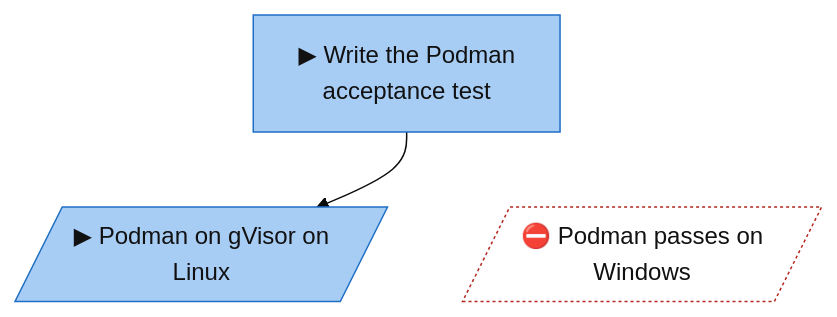
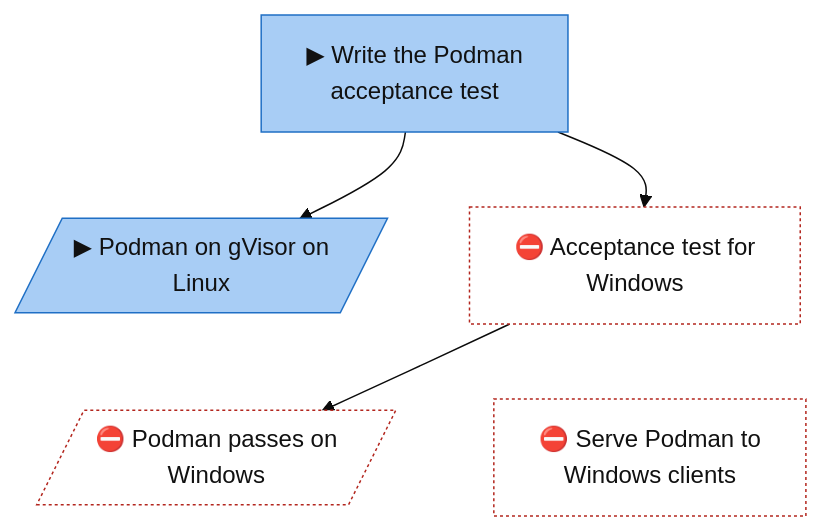
Before and after one commit to lhns/gvisor-windows: the diagram in docs/roadmap/tracks/workloads.md, drawn with Mermaid (base theme). The commit also changed other lines of this file and 13 other files, not shown here.

````diff
--- a/docs/roadmap/tracks/workloads.md
+++ b/docs/roadmap/tracks/workloads.md
@@ -10,25 +10,31 @@
 ```mermaid
 flowchart TB
     workloads_acceptance_test["▶ Write the Podman<br/>acceptance test"]
     workloads_podman_on_gvisor_linux[/"▶ Podman on gVisor on<br/>Linux"/]
+    workloads_acceptance_test_windows["⛔ Acceptance test for<br/>Windows"]
     workloads_podman_on_windows[/"⛔ Podman passes on<br/>Windows"/]
+    workloads_podman_harness["⛔ Serve Podman to<br/>Windows clients"]
     workloads_acceptance_test ~~~ workloads_podman_on_gvisor_linux
-    workloads_acceptance_test ~~~ workloads_podman_on_windows
+    workloads_acceptance_test ~~~ workloads_acceptance_test_windows
+    workloads_podman_on_gvisor_linux ~~~ workloads_podman_on_windows
+    workloads_acceptance_test_windows ~~~ workloads_podman_harness
     workloads_acceptance_test --> workloads_podman_on_gvisor_linux
+    workloads_acceptance_test --> workloads_acceptance_test_windows
+    workloads_acceptance_test_windows --> workloads_podman_on_windows
     classDef vsucc fill:#2e9e4f,stroke:#1b6b34,color:#fff
     classDef succ fill:#bfe8c8,stroke:#2e9e4f,color:#111
     classDef mixed fill:#ffd37a,stroke:#c98a00,color:#111
     classDef bad fill:#f28b82,stroke:#b3261e,color:#111
     classDef dead fill:#e6e6e6,stroke:#777,stroke-dasharray:5 5,color:#555
     classDef inprog fill:#a8cdf5,stroke:#1f6fc5,color:#111
     classDef next fill:#fff,stroke:#333,color:#111
     classDef blocked fill:#fff,stroke:#b3261e,stroke-dasharray:2 2,color:#111
     classDef parked fill:#f3f3f3,stroke:#999,color:#555
     classDef unrated fill:#fff,stroke:#333,stroke-dasharray:1 3,color:#111
     classDef gate fill:#d9c2f0,stroke:#7b3fb5,color:#111
     classDef decided fill:#ece0f7,stroke:#7b3fb5,stroke-dasharray:2 2,color:#111
     classDef finding fill:#ffe0b2,stroke:#d84315,stroke-width:2px,color:#111
     classDef waiting fill:#e3f2fd,stroke:#1f6fc5,stroke-dasharray:5 5,color:#111
     class workloads_acceptance_test,workloads_podman_on_gvisor_linux inprog
-    class workloads_podman_on_windows blocked
+    class workloads_acceptance_test_windows,workloads_podman_on_windows,workloads_podman_harness blocked
 ```
````
